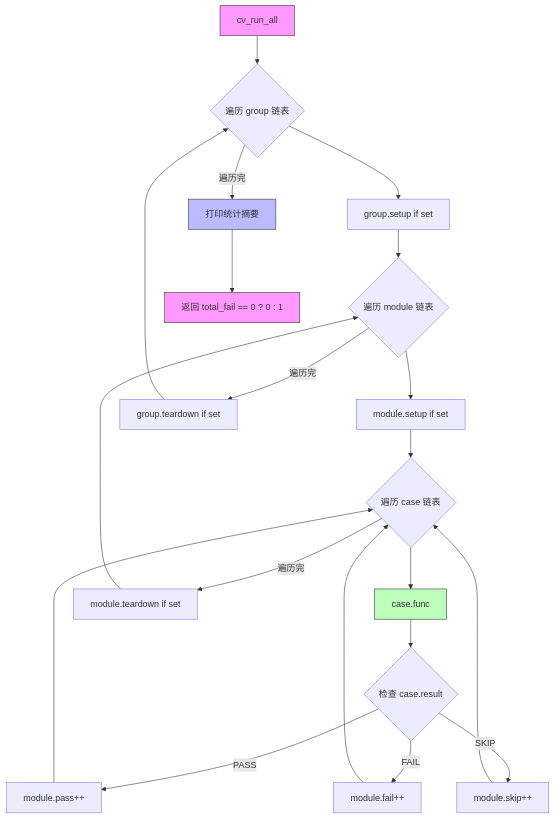
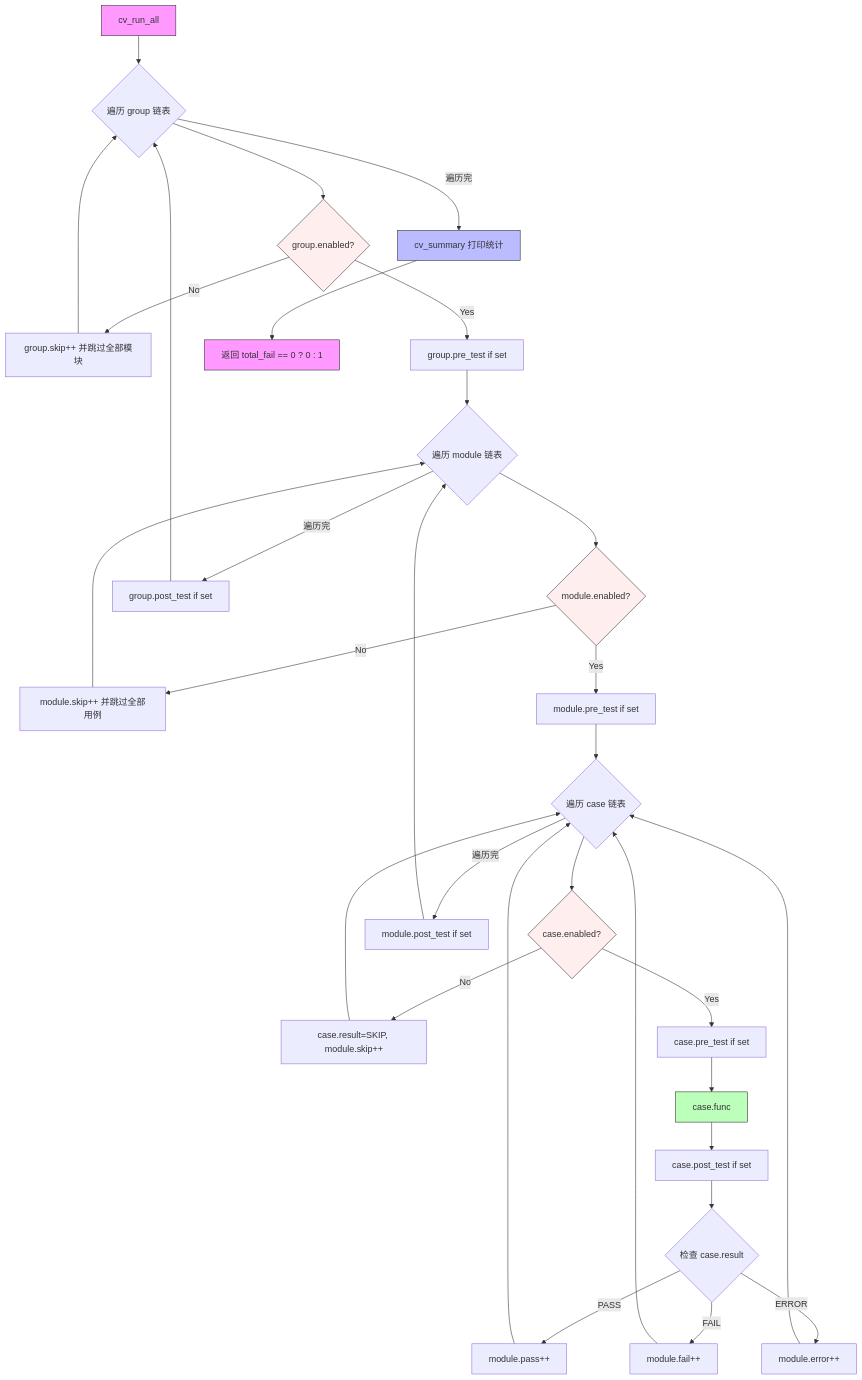
Before and after one commit to kimihuang/packages: the fourth of 6 diagrams in cv_framework/DESIGN.md, drawn with Mermaid. The commit also changed other lines of this file, not shown here.

````diff
--- a/cv_framework/DESIGN.md
+++ b/cv_framework/DESIGN.md
@@ -247,32 +350,46 @@
 ```mermaid
 flowchart TD
     START[cv_run_all] --> G_LOOP{遍历 group 链表}
-    G_LOOP --> G_SETUP[group.setup if set]
-    G_SETUP --> M_LOOP{遍历 module 链表}
+    G_LOOP --> G_CHK{group.enabled?}
+    G_CHK -->|No| G_SKIP[group.skip++ 并跳过全部模块]
+    G_CHK -->|Yes| G_PRE[group.pre_test if set]
+    G_PRE --> M_LOOP{遍历 module 链表}
 
-    M_LOOP --> M_SETUP[module.setup if set]
-    M_SETUP --> C_LOOP{遍历 case 链表}
+    M_LOOP --> M_CHK{module.enabled?}
+    M_CHK -->|No| M_SKIP[module.skip++ 并跳过全部用例]
+    M_CHK -->|Yes| M_PRE[module.pre_test if set]
+    M_PRE --> C_LOOP{遍历 case 链表}
 
-    C_LOOP --> RUN[case.func]
-    RUN --> CHECK{检查 case.result}
+    C_LOOP --> C_CHK{case.enabled?}
+    C_CHK -->|No| C_SKIP[case.result=SKIP, module.skip++]
+    C_CHK -->|Yes| C_PRE[case.pre_test if set]
+    C_PRE --> RUN[case.func]
+    RUN --> C_POST[case.post_test if set]
+    C_POST --> CHECK{检查 case.result}
     CHECK -->|PASS| STAT_P[module.pass++]
     CHECK -->|FAIL| STAT_F[module.fail++]
-    CHECK -->|SKIP| STAT_S[module.skip++]
+    CHECK -->|ERROR| STAT_E[module.error++]
     STAT_P --> C_LOOP
     STAT_F --> C_LOOP
-    STAT_S --> C_LOOP
+    STAT_E --> C_LOOP
+    C_SKIP --> C_LOOP
 
-    C_LOOP -->|遍历完| M_TEARDOWN[module.teardown if set]
-    M_TEARDOWN --> M_LOOP
+    C_LOOP -->|遍历完| M_POST[module.post_test if set]
+    M_POST --> M_LOOP
+    M_SKIP --> M_LOOP
 
-    M_LOOP -->|遍历完| G_TEARDOWN[group.teardown if set]
-    G_TEARDOWN --> G_LOOP
+    M_LOOP -->|遍历完| G_POST[group.post_test if set]
+    G_POST --> G_LOOP
+    G_SKIP --> G_LOOP
 
-    G_LOOP -->|遍历完| SUMMARY[打印统计摘要]
+    G_LOOP -->|遍历完| SUMMARY[cv_summary 打印统计]
     SUMMARY --> END[返回 total_fail == 0 ? 0 : 1]
 
     style START fill:#f9f,stroke:#333
     style END fill:#f9f,stroke:#333
     style SUMMARY fill:#bbf,stroke:#333
     style RUN fill:#bfb,stroke:#333
+    style G_CHK fill:#fee,stroke:#333
+    style M_CHK fill:#fee,stroke:#333
+    style C_CHK fill:#fee,stroke:#333
 ```
````
